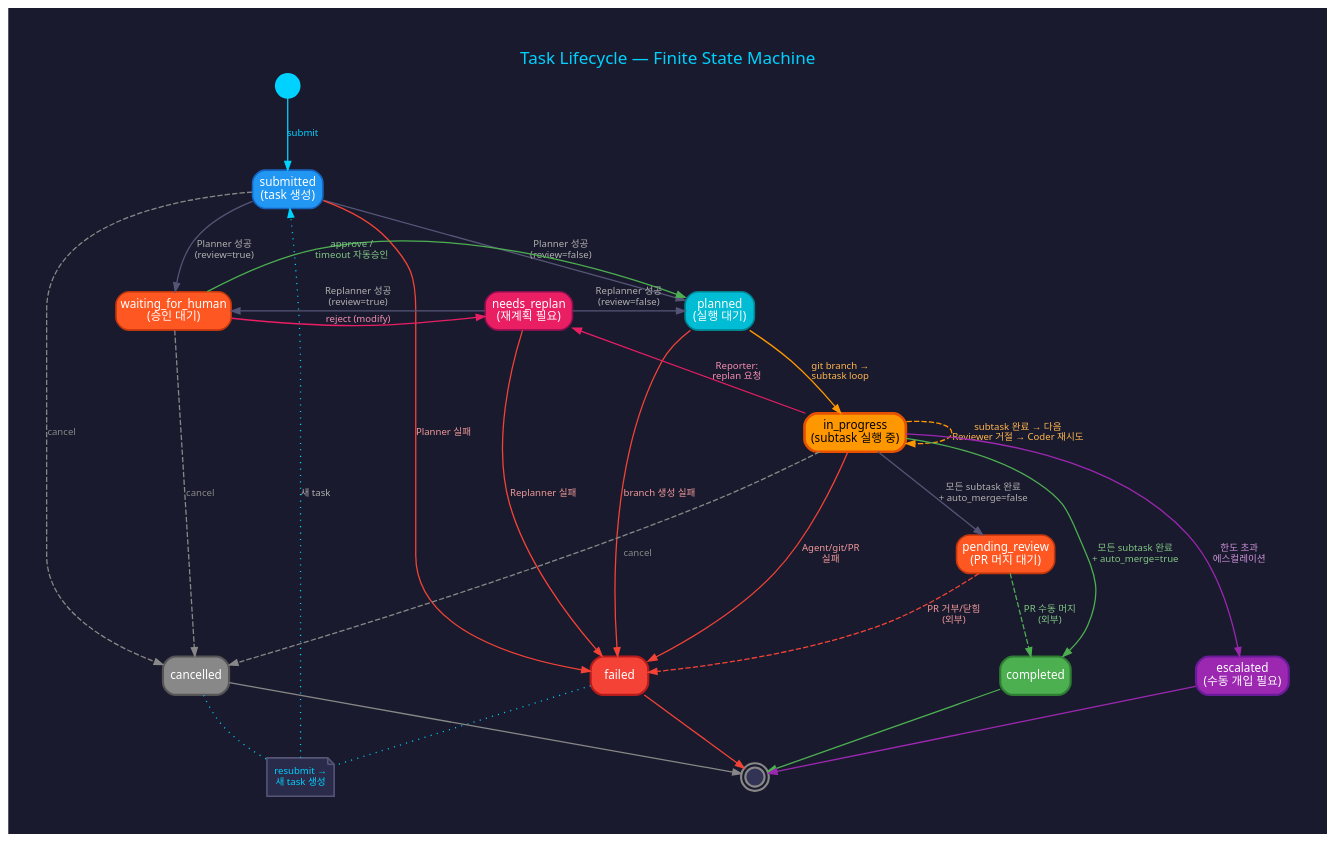
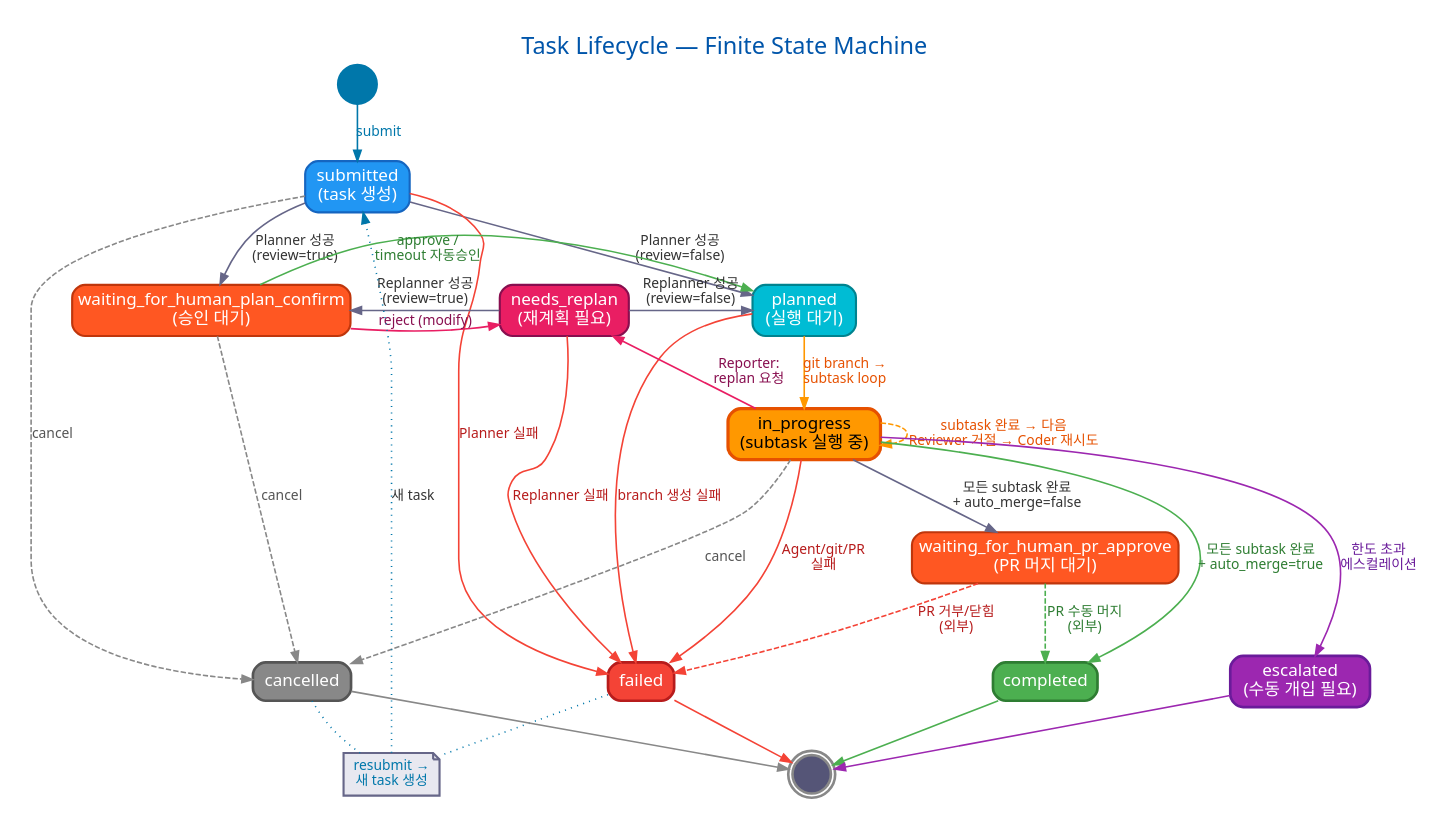
Before and after one commit to seungkeolkim/claude-agent-coding: the diagram in docs/images/task-lifecycle-fsm.dot, drawn with Graphviz. The commit also changed 22 other files, not shown here.

First line of the commit message:
Task 상태명 명확화 + FSM 다이어그램 배경 흰색 전환

```diff
--- a/docs/images/task-lifecycle-fsm.dot
+++ b/docs/images/task-lifecycle-fsm.dot
@@ -1,194 +1,196 @@
 digraph TaskLifecycle {
     // 전체 설정
     rankdir=TB;
-    bgcolor="#1a1a2e";
+    bgcolor="white";
     fontname="Segoe UI, Arial, sans-serif";
-    pad=0.5;
-    nodesep=0.6;
-    ranksep=0.8;
+    pad=0.3;
+    nodesep=0.35;
+    ranksep=0.55;
 
     // 노드 기본 스타일
     node [
         fontname="Segoe UI, Arial, sans-serif"
-        fontsize=11
+        fontsize=16
         style="filled,rounded"
         shape=box
-        penwidth=1.5
+        penwidth=2
+        margin="0.15,0.08"
+        height=0.5
     ];
 
     // 엣지 기본 스타일
     edge [
         fontname="Segoe UI, Arial, sans-serif"
-        fontsize=9
-        fontcolor="#b0b0b0"
-        color="#555577"
-        penwidth=1.2
-        arrowsize=0.8
+        fontsize=13
+        fontcolor="#333333"
+        color="#666688"
+        penwidth=1.5
+        arrowsize=1.0
     ];
 
     // ─── 노드 정의 ───
 
     // 시작/종료 마커
-    start [label="" shape=circle width=0.3 fillcolor="#00d2ff" color="#00d2ff" penwidth=2];
-    end [label="" shape=doublecircle width=0.25 fillcolor="#333355" color="#888888" penwidth=2];
+    start [label="" shape=circle width=0.4 fillcolor="#0077aa" color="#0077aa" penwidth=2.5];
+    end [label="" shape=doublecircle width=0.35 fillcolor="#555577" color="#888888" penwidth=2.5];
 
     // 초기 상태
     submitted [
         label="submitted\n(task 생성)"
         fillcolor="#2196F3"
         fontcolor="white"
         color="#1565C0"
     ];
 
     // 계획 상태
     planned [
         label="planned\n(실행 대기)"
         fillcolor="#00BCD4"
         fontcolor="white"
         color="#00838F"
     ];
 
     // 대기 상태
-    waiting_for_human [
-        label="waiting_for_human\n(승인 대기)"
+    waiting_for_human_plan_confirm [
+        label="waiting_for_human_plan_confirm\n(승인 대기)"
         fillcolor="#FF5722"
         fontcolor="white"
         color="#BF360C"
     ];
 
     needs_replan [
         label="needs_replan\n(재계획 필요)"
         fillcolor="#E91E63"
         fontcolor="white"
         color="#880E4F"
     ];
 
     // 실행 상태
     in_progress [
         label="in_progress\n(subtask 실행 중)"
         fillcolor="#FF9800"
         fontcolor="black"
         color="#E65100"
-        penwidth=2.5
+        penwidth=3
     ];
 
     // 리뷰 상태
-    pending_review [
-        label="pending_review\n(PR 머지 대기)"
+    waiting_for_human_pr_approve [
+        label="waiting_for_human_pr_approve\n(PR 머지 대기)"
         fillcolor="#FF5722"
         fontcolor="white"
         color="#BF360C"
     ];
 
     // 종료 상태
     completed [
         label="completed"
         fillcolor="#4CAF50"
         fontcolor="white"
         color="#2E7D32"
-        penwidth=2
+        penwidth=2.5
     ];
 
     failed [
         label="failed"
         fillcolor="#F44336"
         fontcolor="white"
         color="#B71C1C"
-        penwidth=2
+        penwidth=2.5
     ];
 
     cancelled [
         label="cancelled"
         fillcolor="#888888"
         fontcolor="white"
         color="#555555"
-        penwidth=2
+        penwidth=2.5
     ];
 
     escalated [
         label="escalated\n(수동 개입 필요)"
         fillcolor="#9C27B0"
         fontcolor="white"
         color="#6A1B9A"
-        penwidth=2
+        penwidth=2.5
     ];
 
     // resubmit 안내
     resubmit_note [
         label="resubmit →\n새 task 생성"
         shape=note
-        fillcolor="#2a2a4a"
-        fontcolor="#00d2ff"
-        color="#555577"
-        fontsize=9
+        fillcolor="#e8e8f0"
+        fontcolor="#0077aa"
+        color="#666688"
+        fontsize=13
     ];
 
     // ─── 전이 ───
 
     // 시작
-    start -> submitted [label="submit" color="#00d2ff" fontcolor="#00d2ff"];
+    start -> submitted [label="submit" color="#0077aa" fontcolor="#0077aa"];
 
     // submitted →
     submitted -> planned [label="Planner 성공\n(review=false)"];
-    submitted -> waiting_for_human [label="Planner 성공\n(review=true)"];
-    submitted -> failed [label="Planner 실패" color="#F44336" fontcolor="#ef9a9a"];
-    submitted -> cancelled [label="cancel" style=dashed color="#888888" fontcolor="#888888"];
+    submitted -> waiting_for_human_plan_confirm [label="Planner 성공\n(review=true)"];
+    submitted -> failed [label="Planner 실패" color="#F44336" fontcolor="#B71C1C"];
+    submitted -> cancelled [label="cancel" style=dashed color="#888888" fontcolor="#555555"];
 
-    // waiting_for_human →
-    waiting_for_human -> planned [label="approve /\ntimeout 자동승인" color="#4CAF50" fontcolor="#81C784"];
-    waiting_for_human -> needs_replan [label="reject (modify)" color="#E91E63" fontcolor="#F48FB1"];
-    waiting_for_human -> cancelled [label="cancel" style=dashed color="#888888" fontcolor="#888888"];
+    // waiting_for_human_plan_confirm →
+    waiting_for_human_plan_confirm -> planned [label="approve /\ntimeout 자동승인" color="#4CAF50" fontcolor="#2E7D32"];
+    waiting_for_human_plan_confirm -> needs_replan [label="reject (modify)" color="#E91E63" fontcolor="#880E4F"];
+    waiting_for_human_plan_confirm -> cancelled [label="cancel" style=dashed color="#888888" fontcolor="#555555"];
 
     // needs_replan →
-    needs_replan -> waiting_for_human [label="Replanner 성공\n(review=true)"];
+    needs_replan -> waiting_for_human_plan_confirm [label="Replanner 성공\n(review=true)"];
     needs_replan -> planned [label="Replanner 성공\n(review=false)"];
-    needs_replan -> failed [label="Replanner 실패" color="#F44336" fontcolor="#ef9a9a"];
+    needs_replan -> failed [label="Replanner 실패" color="#F44336" fontcolor="#B71C1C"];
 
     // planned →
-    planned -> in_progress [label="git branch →\nsubtask loop" color="#FF9800" fontcolor="#FFB74D"];
-    planned -> failed [label="branch 생성 실패" color="#F44336" fontcolor="#ef9a9a"];
+    planned -> in_progress [label="git branch →\nsubtask loop" color="#FF9800" fontcolor="#E65100"];
+    planned -> failed [label="branch 생성 실패" color="#F44336" fontcolor="#B71C1C"];
 
     // in_progress → (self-loop)
     in_progress -> in_progress [
         label="subtask 완료 → 다음\nReviewer 거절 → Coder 재시도"
         color="#FF9800"
-        fontcolor="#FFB74D"
+        fontcolor="#E65100"
         style=dashed
     ];
 
     // in_progress → 다른 상태
-    in_progress -> completed [label="모든 subtask 완료\n+ auto_merge=true" color="#4CAF50" fontcolor="#81C784"];
-    in_progress -> pending_review [label="모든 subtask 완료\n+ auto_merge=false"];
-    in_progress -> needs_replan [label="Reporter:\nreplan 요청" color="#E91E63" fontcolor="#F48FB1"];
-    in_progress -> escalated [label="한도 초과\n에스컬레이션" color="#9C27B0" fontcolor="#CE93D8"];
-    in_progress -> failed [label="Agent/git/PR\n실패" color="#F44336" fontcolor="#ef9a9a"];
-    in_progress -> cancelled [label="cancel" style=dashed color="#888888" fontcolor="#888888"];
+    in_progress -> completed [label="모든 subtask 완료\n+ auto_merge=true" color="#4CAF50" fontcolor="#2E7D32"];
+    in_progress -> waiting_for_human_pr_approve [label="모든 subtask 완료\n+ auto_merge=false"];
+    in_progress -> needs_replan [label="Reporter:\nreplan 요청" color="#E91E63" fontcolor="#880E4F"];
+    in_progress -> escalated [label="한도 초과\n에스컬레이션" color="#9C27B0" fontcolor="#6A1B9A"];
+    in_progress -> failed [label="Agent/git/PR\n실패" color="#F44336" fontcolor="#B71C1C"];
+    in_progress -> cancelled [label="cancel" style=dashed color="#888888" fontcolor="#555555"];
 
-    // pending_review →
-    pending_review -> completed [label="PR 수동 머지\n(외부)" color="#4CAF50" fontcolor="#81C784" style=dashed];
-    pending_review -> failed [label="PR 거부/닫힘\n(외부)" color="#F44336" fontcolor="#ef9a9a" style=dashed];
+    // waiting_for_human_pr_approve →
+    waiting_for_human_pr_approve -> completed [label="PR 수동 머지\n(외부)" color="#4CAF50" fontcolor="#2E7D32" style=dashed];
+    waiting_for_human_pr_approve -> failed [label="PR 거부/닫힘\n(외부)" color="#F44336" fontcolor="#B71C1C" style=dashed];
 
     // 종료 → end
     completed -> end [color="#4CAF50"];
     failed -> end [color="#F44336"];
     cancelled -> end [color="#888888"];
     escalated -> end [color="#9C27B0"];
 
     // resubmit
-    failed -> resubmit_note [style=dotted color="#00d2ff" arrowhead=none];
-    cancelled -> resubmit_note [style=dotted color="#00d2ff" arrowhead=none];
-    resubmit_note -> submitted [style=dotted color="#00d2ff" label="새 task"];
+    failed -> resubmit_note [style=dotted color="#0077aa" arrowhead=none];
+    cancelled -> resubmit_note [style=dotted color="#0077aa" arrowhead=none];
+    resubmit_note -> submitted [style=dotted color="#0077aa" label="새 task"];
 
     // ─── 레이아웃 힌트 ───
     { rank=same; submitted }
-    { rank=same; waiting_for_human; planned; needs_replan }
+    { rank=same; waiting_for_human_plan_confirm; planned; needs_replan }
     { rank=same; in_progress }
-    { rank=same; pending_review }
+    { rank=same; waiting_for_human_pr_approve }
     { rank=same; completed; failed; cancelled; escalated }
 
     // 타이틀
     labelloc=t;
     label="Task Lifecycle — Finite State Machine";
-    fontsize=16;
-    fontcolor="#00d2ff";
+    fontsize=22;
+    fontcolor="#0055aa";
 }
```
